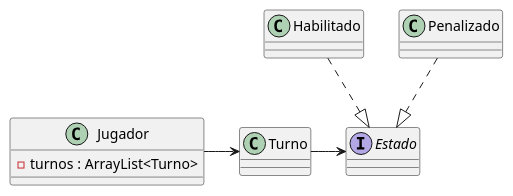
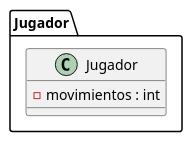
One commit to TP2Algo3FIUBA/tp2 changed the diagram in diagrams/classes/jugador.plantuml. Above: the diagram before and after it, drawn with PlantUML. The commit also changed 6 other files, not shown here.

Commit message:
Modelado de Entrega 1      - Diagrama de clase del modelo actual      - Diagrama de paquete

```diff
--- a/diagrams/classes/jugador.plantuml
+++ b/diagrams/classes/jugador.plantuml
@@ -1,20 +1,9 @@
 @startuml
 
-        class Jugador {
-        		- turnos : ArrayList<Turno>
-        }
-
-        class Turno {
-         }
-         interface Estado {
-
-         }
-         class Habilitado{}
-         class Penalizado{}
-
-Jugador -> Turno
-Turno -> Estado
-Habilitado ..|> Estado
-Penalizado ..|> Estado
+package Jugador{
+    class Jugador {
+        - movimientos : int
+    }
+}
 
 @enduml
```
